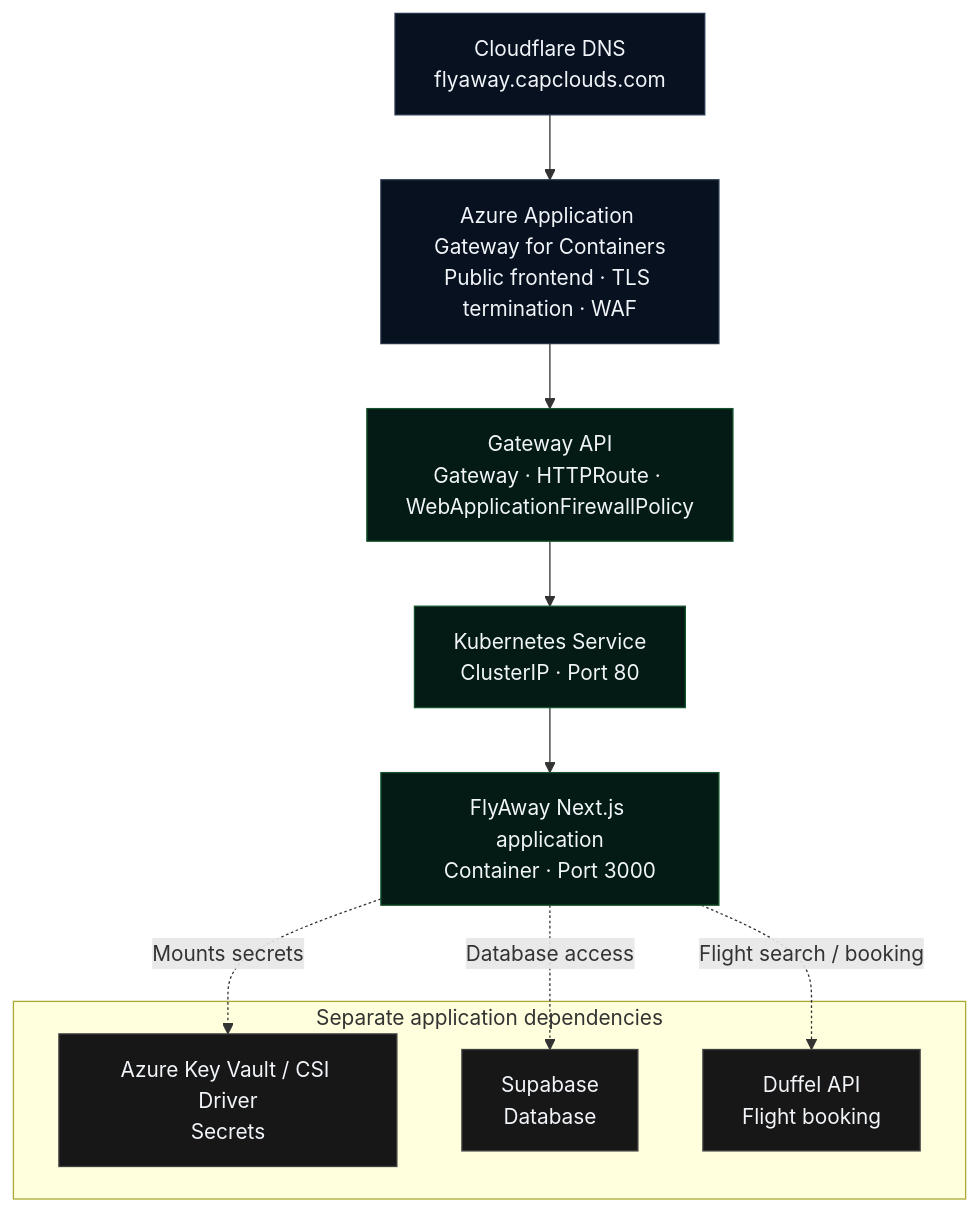
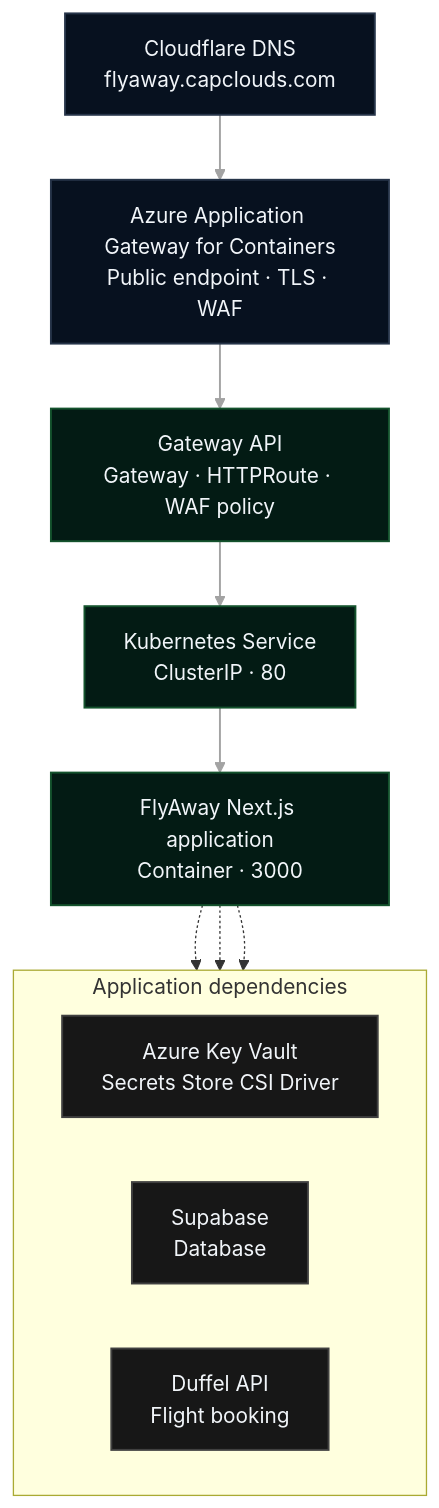
Before and after one commit to arid1182/Agentic-AI-Agent-for-Travel-Booking-App-using-LangGraph-TypeScript: the diagram in fly-away/k8s-manifets/AGC-Application-Gateway/README.md, drawn with Mermaid. The commit also changed other lines of this file, not shown here.

Commit message:
Update README
Updated the README.md to enhance clarity and detail about the Azure Application Gateway for Containers deployment process, including traffic flow and application dependencies.

````diff
--- a/fly-away/k8s-manifets/AGC-Application-Gateway/README.md
+++ b/fly-away/k8s-manifets/AGC-Application-Gateway/README.md
@@ -72,31 +74,31 @@
 ```mermaid
-flowchart TD
+flowchart TB
     DNS["Cloudflare DNS<br/>flyaway.capclouds.com"]
-    AGC["Azure Application Gateway for Containers<br/>Public frontend · TLS termination · WAF"]
-    GW["Gateway API<br/>Gateway · HTTPRoute · WebApplicationFirewallPolicy"]
-    SVC["Kubernetes Service<br/>ClusterIP · Port 80"]
-    APP["FlyAway Next.js application<br/>Container · Port 3000"]
+    AGC["Azure Application Gateway for Containers<br/>Public endpoint · TLS · WAF"]
+    GW["Gateway API<br/>Gateway · HTTPRoute · WAF policy"]
+    SVC["Kubernetes Service<br/>ClusterIP · 80"]
+    APP["FlyAway Next.js application<br/>Container · 3000"]
 
-    DNS --> AGC
-    AGC --> GW
-    GW --> SVC
-    SVC --> APP
+    DNS --> AGC --> GW --> SVC --> APP
 
-    subgraph DEPS["Separate application dependencies"]
-        KV["Azure Key Vault / CSI Driver<br/>Secrets"]
+    subgraph DEPS["Application dependencies"]
+        direction LR
+        KV["Azure Key Vault<br/>Secrets Store CSI Driver"]
         DB["Supabase<br/>Database"]
         DUFFEL["Duffel API<br/>Flight booking"]
     end
 
-    APP -. "Mounts secrets" .-> KV
-    APP -. "Database access" .-> DB
-    APP -. "Flight search / booking" .-> DUFFEL
+    APP -.-> KV
+    APP -.-> DB
+    APP -.-> DUFFEL
 
-    classDef ingress fill:#07111f,stroke:#263449,color:#f1f5f9
-    classDef gateway fill:#031b14,stroke:#14532d,color:#f1f5f9
-    classDef dependency fill:#171717,stroke:#404040,color:#f1f5f9
+    classDef edge fill:#07111f,stroke:#263449,color:#f1f5f9,stroke-width:1.5px
+    classDef internal fill:#031b14,stroke:#14532d,color:#f1f5f9,stroke-width:1.5px
+    classDef dependency fill:#171717,stroke:#404040,color:#f1f5f9,stroke-width:1.5px
 
-    class DNS,AGC ingress
-    class GW,SVC,APP gateway
+    class DNS,AGC edge
+    class GW,SVC,APP internal
     class KV,DB,DUFFEL dependency
+
+    linkStyle 0,1,2,3 stroke:#a3a3a3,stroke-width:1.5px
 ```
````
